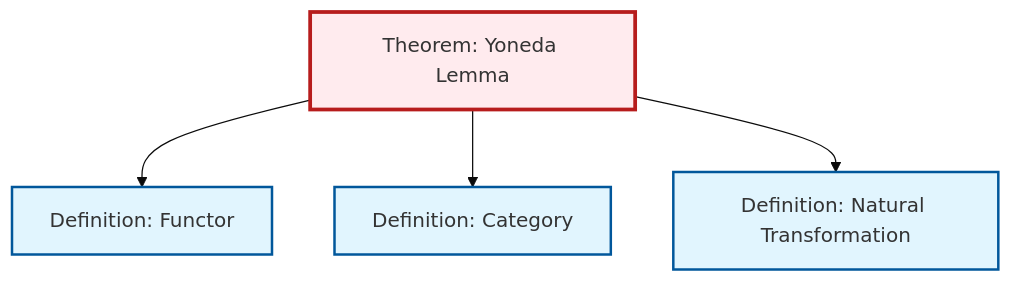
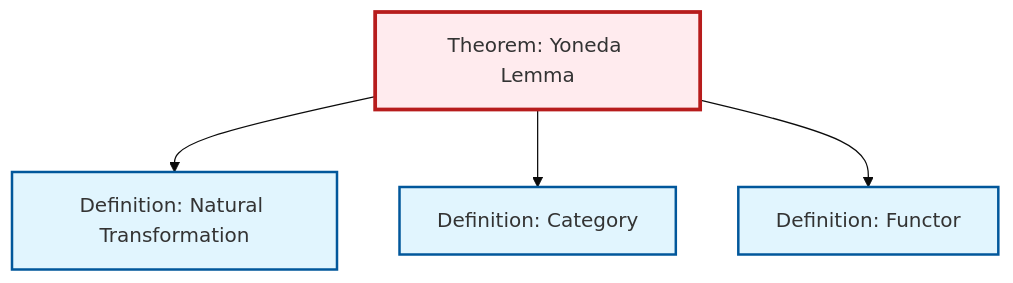
The diagram in content/ja/category-theory/thm-yoneda.qmd (RK0429/ModernMath), drawn with Mermaid (base theme) before and after one commit. The commit also changed other lines of this file and 619 other files, not shown here.

````diff
--- a/content/ja/category-theory/thm-yoneda.qmd
+++ b/content/ja/category-theory/thm-yoneda.qmd
@@ -96,20 +96,20 @@
 ```{mermaid}
 %%| fig-cap: "Local dependency graph"
 graph TD
     classDef definition fill:#e1f5fe,stroke:#01579b,stroke-width:2px
     classDef theorem fill:#f3e5f5,stroke:#4a148c,stroke-width:2px
     classDef axiom fill:#fff3e0,stroke:#e65100,stroke-width:2px
     classDef example fill:#e8f5e9,stroke:#1b5e20,stroke-width:2px
     classDef current fill:#ffebee,stroke:#b71c1c,stroke-width:3px
-    def-functor["Definition: Functor"]:::definition
     def-natural-transformation["Definition: Natural Transformation"]:::definition
     thm-yoneda["Theorem: Yoneda Lemma"]:::theorem
     def-category["Definition: Category"]:::definition
+    def-functor["Definition: Functor"]:::definition
+    thm-yoneda --> def-natural-transformation
+    thm-yoneda --> def-category
     thm-yoneda --> def-functor
-    thm-yoneda --> def-category
-    thm-yoneda --> def-natural-transformation
     class thm-yoneda current
-    click def-functor "def-functor.html" "Definition: Functorへ"
     click def-natural-transformation "def-natural-transformation.html" "Definition: Natural Transformationへ"
     click def-category "def-category.html" "Definition: Categoryへ"
+    click def-functor "def-functor.html" "Definition: Functorへ"
 ```
````
